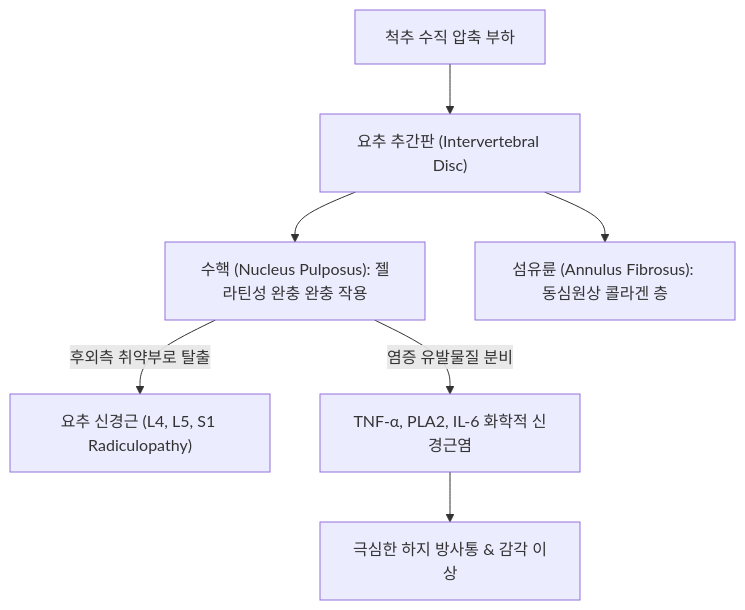
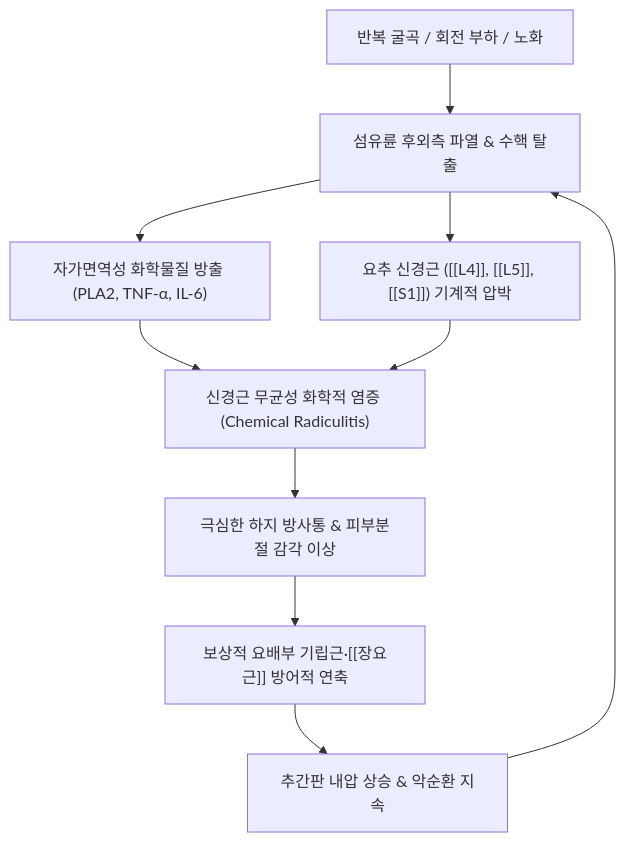
One commit to simbio11/simbio-digital-garden2 changed the diagram in content/3. 이론 공부/질환/근골격계 질환/요추부/요추 추간판 탈출증.md. Above: the diagram before and after it, drawn with Mermaid. The commit also changed other lines of this file and 4870 other files, not shown here.

````diff
--- a/content/3. 이론 공부/질환/근골격계 질환/요추부/요추 추간판 탈출증.md
+++ b/content/3. 이론 공부/질환/근골격계 질환/요추부/요추 추간판 탈출증.md
@@ -44,9 +71,12 @@
 ```mermaid
 graph TD
-    Axial["척추 수직 압축 부하"] --> Disc["요추 추간판 (Intervertebral Disc)"]
-    Disc --> NP["수핵 (Nucleus Pulposus): 젤라틴성 완충 완충 작용"]
-    Disc --> AF["섬유륜 (Annulus Fibrosus): 동심원상 콜라겐 층"]
-    NP --"후외측 취약부로 탈출"--> Nerve["요추 신경근 (L4, L5, S1 Radiculopathy)"]
-    NP --"염증 유발물질 분비"--> Inflam["TNF-α, PLA2, IL-6 화학적 신경근염"]
-    Inflam --> Pain["극심한 하지 방사통 & 감각 이상"]
+    Cause["반복 굴곡 / 회전 부하 / 노화"] --> AF_Tear["섬유륜 후외측 파열 & 수핵 탈출"]
+    AF_Tear --> DirectPress["요추 신경근 ([[L4]], [[L5]], [[S1]]) 기계적 압박"]
+    AF_Tear --> Chemical["자가면역성 화학물질 방출 (PLA2, TNF-α, IL-6)"]
+    Chemical --> Radiculitis["신경근 무균성 화학적 염증 (Chemical Radiculitis)"]
+    DirectPress --> Radiculitis
+    Radiculitis --> Sciatica["극심한 하지 방사통 & 피부분절 감각 이상"]
+    Sciatica --> Spasm["보상적 요배부 기립근·[[장요근]] 방어적 연축"]
+    Spasm --> CanalLoad["추간판 내압 상승 & 악순환 지속"]
+    CanalLoad --> AF_Tear
 ```
````
